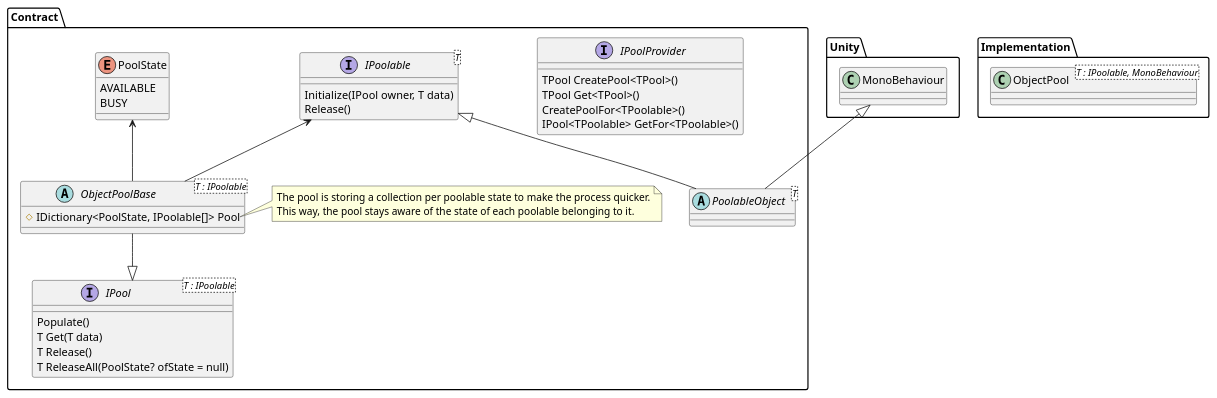
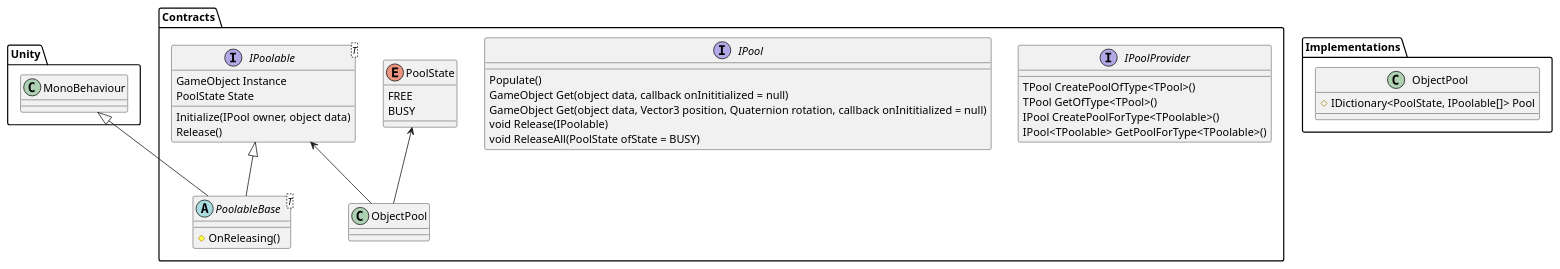
Before and after one commit to Mathieu-Schmerber/LemonInc.Packages: the diagram in Documentation/classes.puml, drawn with PlantUML. The commit also changed 20 other files, not shown here.

Commit message:
feat(core.pooling): public contracts

```diff
--- a/Documentation/classes.puml
+++ b/Documentation/classes.puml
@@ -1,58 +1,55 @@
-@startuml "Pooling UML"
+@startuml   Pooling UML
 
 package Unity {
     class MonoBehaviour {
     
     }
 }
 
-package Contract {
+package Contracts {
 
     interface IPoolProvider {
-        TPool CreatePool<TPool>()
-        TPool Get<TPool>()
-        CreatePoolFor<TPoolable>()
-        IPool<TPoolable> GetFor<TPoolable>()
+        TPool CreatePoolOfType<TPool>()
+        TPool GetOfType<TPool>()
+        IPool CreatePoolForType<TPoolable>()
+        IPool<TPoolable> GetPoolForType<TPoolable>()
     }
 
-    interface IPool<T : IPoolable> {
+    interface IPool {
         Populate()
-        T Get(T data)
-        T Release()
-        T ReleaseAll(PoolState? ofState = null)
+        GameObject Get(object data, callback onInititialized = null)
+        GameObject Get(object data, Vector3 position, Quaternion rotation, callback onInititialized = null)
+        void Release(IPoolable)
+        void ReleaseAll(PoolState ofState = BUSY)
     }
 
     interface IPoolable<T> {
-        Initialize(IPool owner, T data)
+        GameObject Instance
+        PoolState State
+        Initialize(IPool owner, object data)
         Release()
     }
 
     enum PoolState {
-        AVAILABLE
+        FREE
         BUSY
     }
 
-    abstract ObjectPoolBase<T : IPoolable> {
+    abstract PoolableBase<T> {
+        # OnReleasing()
+    }
+
+    PoolState <-- ObjectPool
+    IPoolable <-- ObjectPool
+    IPoolable <|-- PoolableBase
+}
+
+package Implementations {
+    class ObjectPool {
         # IDictionary<PoolState, IPoolable[]> Pool
     }
-
-    note right of ObjectPoolBase::Pool
-    The pool is storing a collection per poolable state to make the process quicker.
-    This way, the pool stays aware of the state of each poolable belonging to it.
-    end note
-
-    abstract PoolableObject<T> {}
-
-    ObjectPoolBase --|> IPool
-    PoolState <-- ObjectPoolBase
-    IPoolable <-- ObjectPoolBase
-    IPoolable <|-- PoolableObject
 }
 
-package Implementation {
-    class ObjectPool<T : IPoolable, MonoBehaviour> {}
-}
-
-MonoBehaviour <|-- PoolableObject
+MonoBehaviour <|-- PoolableBase
 
 @enduml
```
